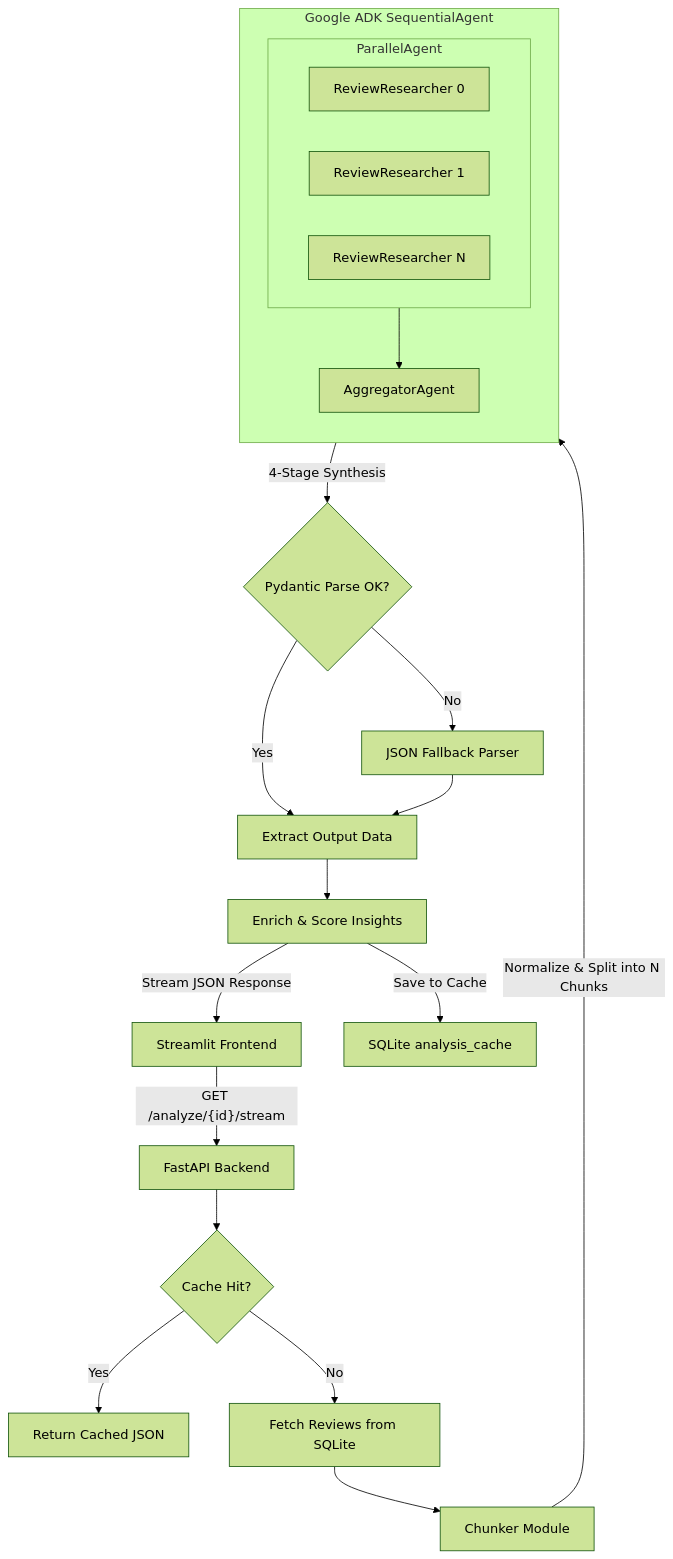
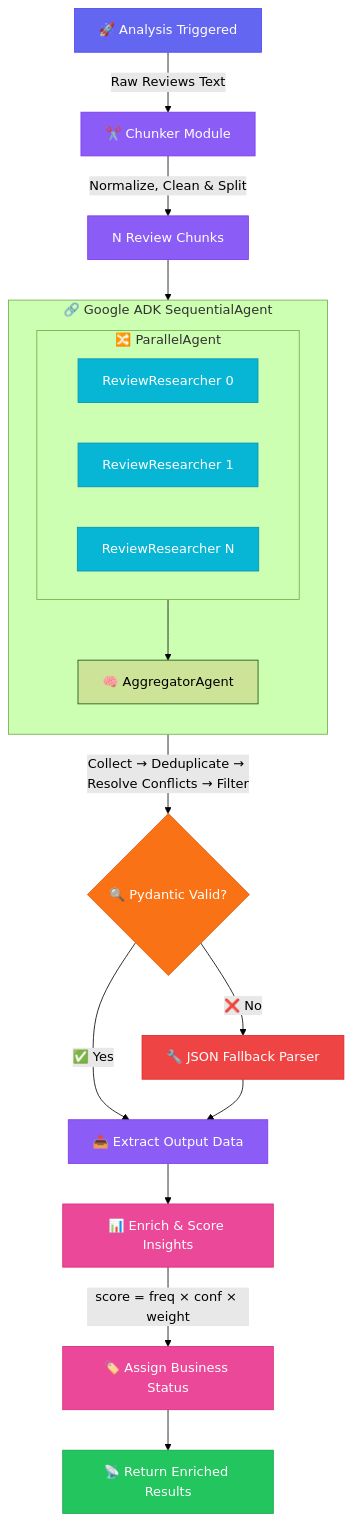
One commit to mhlohh/ai_business_insight changed the first of 2 diagrams in PROJECT_DOCUMENTATION.md. Above: the diagram before and after it, drawn with Mermaid (forest theme). The commit also changed other lines of this file and 1 other file, not shown here.

Commit message:
docs: overhaul technical documentation with detailed pipeline flow, database schema diagrams, and structured system architecture tables.

````diff
--- a/PROJECT_DOCUMENTATION.md
+++ b/PROJECT_DOCUMENTATION.md
@@ -21,32 +24,36 @@
 ```mermaid
 graph TD
-    A["Streamlit Frontend"] -->|"GET /analyze/{id}/stream"| B["FastAPI Backend"]
+    A["🚀 Analysis Triggered"]:::trigger -->|"Raw Reviews Text"| B["✂️ Chunker Module"]:::processing
+    B -->|"Normalize, Clean & Split"| C["N Review Chunks"]:::processing
 
-    B --> C{"Cache Hit?"}
-    C -->|"Yes"| Z["Return Cached JSON"]
-    C -->|"No"| D["Fetch Reviews from SQLite"]
+    C --> SEQ
 
-    D --> E["Chunker Module"]
-    E -->|"Normalize & Split into N Chunks"| F["Google ADK SequentialAgent"]
-
-    subgraph F["Google ADK SequentialAgent"]
+    subgraph SEQ ["🔗 Google ADK SequentialAgent"]
         direction TB
-        G["ParallelAgent"] --> H["AggregatorAgent"]
+        PAR --> AGG["🧠 AggregatorAgent"]
     end
 
-    subgraph G["ParallelAgent"]
+    subgraph PAR ["🔀 ParallelAgent"]
         direction LR
-        R0["ReviewResearcher 0"]
-        R1["ReviewResearcher 1"]
-        RN["ReviewResearcher N"]
+        R0["ReviewResearcher 0"]:::agent
+        R1["ReviewResearcher 1"]:::agent
+        RN["ReviewResearcher N"]:::agent
     end
 
-    H -->|"4-Stage Synthesis"| I{"Pydantic Parse OK?"}
-    I -->|"Yes"| J["Extract Output Data"]
-    I -->|"No"| K["JSON Fallback Parser"]
-    K --> J
+    AGG -->|"Collect → Deduplicate → Resolve Conflicts → Filter"| VAL{"🔍 Pydantic Valid?"}:::decision
+    VAL -->|"✅ Yes"| EXT["📤 Extract Output Data"]:::processing
+    VAL -->|"❌ No"| FB["🔧 JSON Fallback Parser"]:::fallback
+    FB --> EXT
 
-    J --> L["Enrich & Score Insights"]
-    L -->|"Save to Cache"| M["SQLite analysis_cache"]
-    L -->|"Stream JSON Response"| A
+    EXT --> ENR["📊 Enrich & Score Insights"]:::scoring
+    ENR -->|"score = freq × conf × weight"| STATUS["🏷️ Assign Business Status"]:::scoring
+    STATUS --> OUT["📡 Return Enriched Results"]:::result
+
+    classDef trigger fill:#6366f1,stroke:#4f46e5,color:#fff
+    classDef processing fill:#8b5cf6,stroke:#7c3aed,color:#fff
+    classDef agent fill:#06b6d4,stroke:#0891b2,color:#fff
+    classDef decision fill:#f97316,stroke:#ea580c,color:#fff
+    classDef fallback fill:#ef4444,stroke:#dc2626,color:#fff
+    classDef scoring fill:#ec4899,stroke:#db2777,color:#fff
+    classDef result fill:#22c55e,stroke:#16a34a,color:#fff
 ```
````
